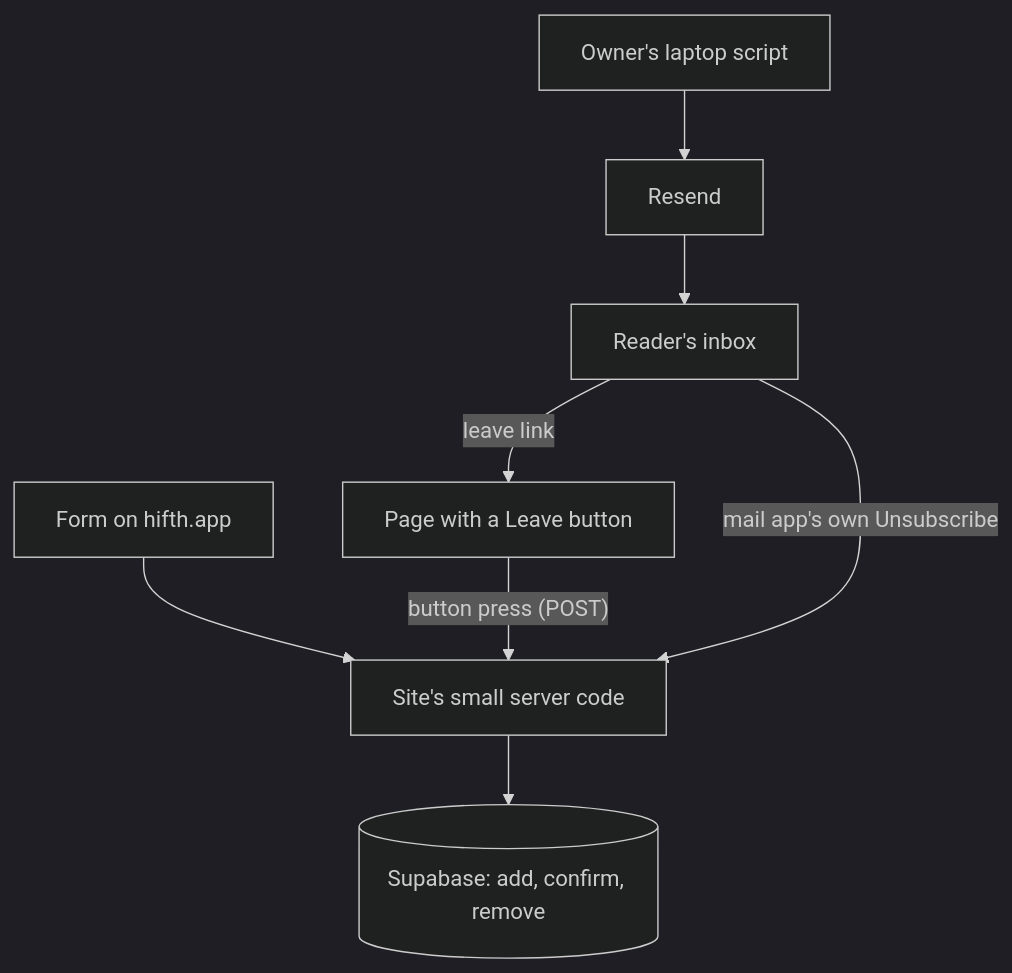
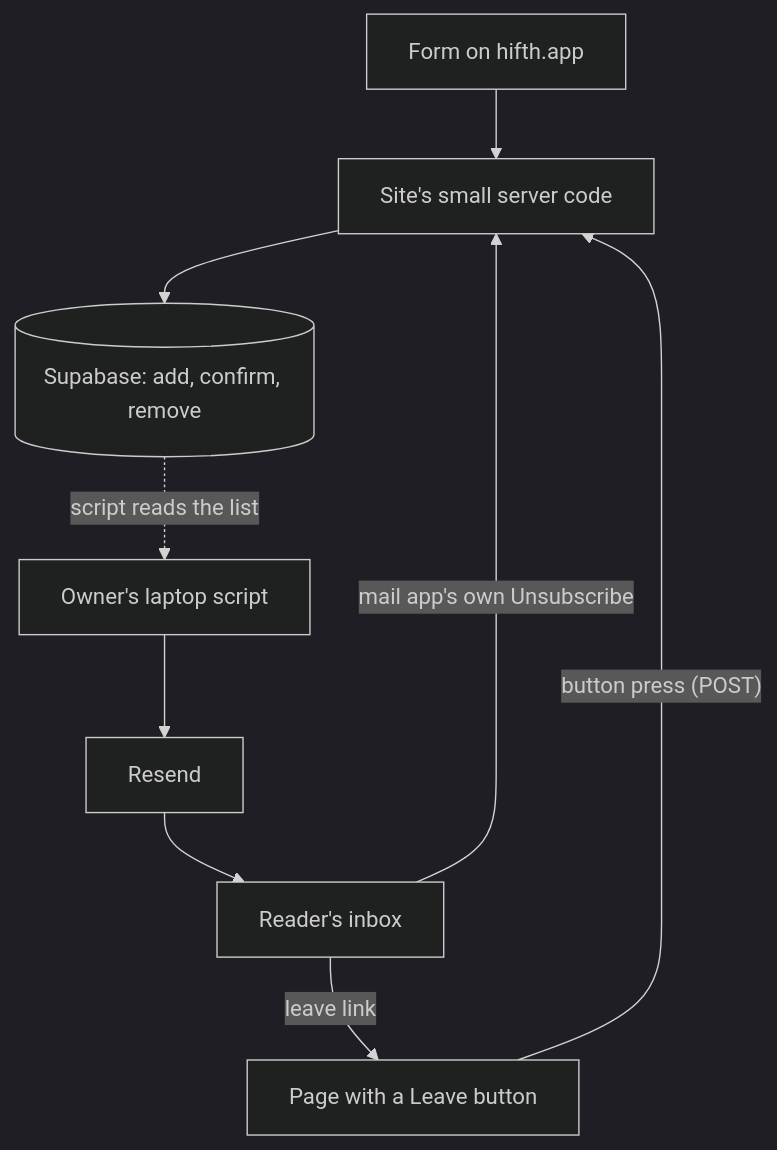
The diagram in docs/design/hifth-app-mailing-list.md (omars-lab/hifth), drawn with Mermaid (dark theme) before and after one commit. The commit also changed other lines of this file and 2 other files, not shown here.

First line of the commit message:
Mailing list note: correct who found what, and draw the script reading the list

````diff
--- a/docs/design/hifth-app-mailing-list.md
+++ b/docs/design/hifth-app-mailing-list.md
@@ -31,10 +31,11 @@
 ```mermaid
 flowchart TD
   F["Form on hifth.app"] --> P["Site's small server code"]
   P --> S[("Supabase: add, confirm, remove")]
   L["Owner's laptop script"] --> R["Resend"]
   R --> M["Reader's inbox"]
   M -- "leave link" --> G["Page with a Leave button"]
   G -- "button press (POST)" --> P
   M -- "mail app's own Unsubscribe" --> P
+  S -. "script reads the list" .-> L
 ```
````
